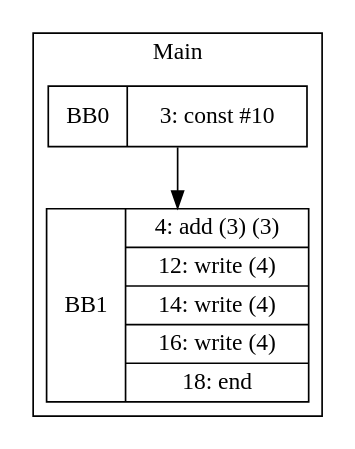
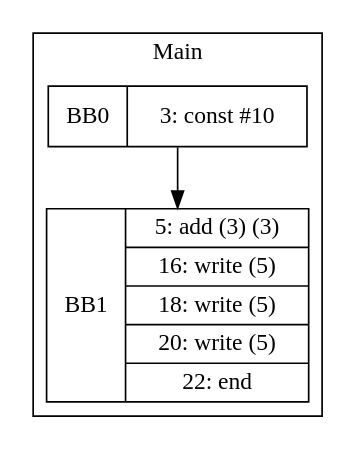
One commit to zjc664656505/UCI-CS241-Advanced-Compiler-main changed the diagram in visualization/jmcgowa/CSE_Tests/CSE2.gv. Above: the diagram before and after it, drawn with Graphviz. The commit also changed 65 other files, not shown here.

```diff
--- a/visualization/jmcgowa/CSE_Tests/CSE2.gv
+++ b/visualization/jmcgowa/CSE_Tests/CSE2.gv
@@ -1,9 +1,9 @@
 digraph G {
 node [shape=record];
 subgraph cluster_main{
 label = "Main";
 BB0 [shape=record, label="<b>BB0|{3: const #10}"];
-BB1 [shape=record, label="<b>BB1|{4: add (3) (3)|12: write (4)|14: write (4)|16: write (4)|18: end}"];
+BB1 [shape=record, label="<b>BB1|{5: add (3) (3)|16: write (5)|18: write (5)|20: write (5)|22: end}"];
 }
 BB0:s -> BB1:n ;
 }
```
